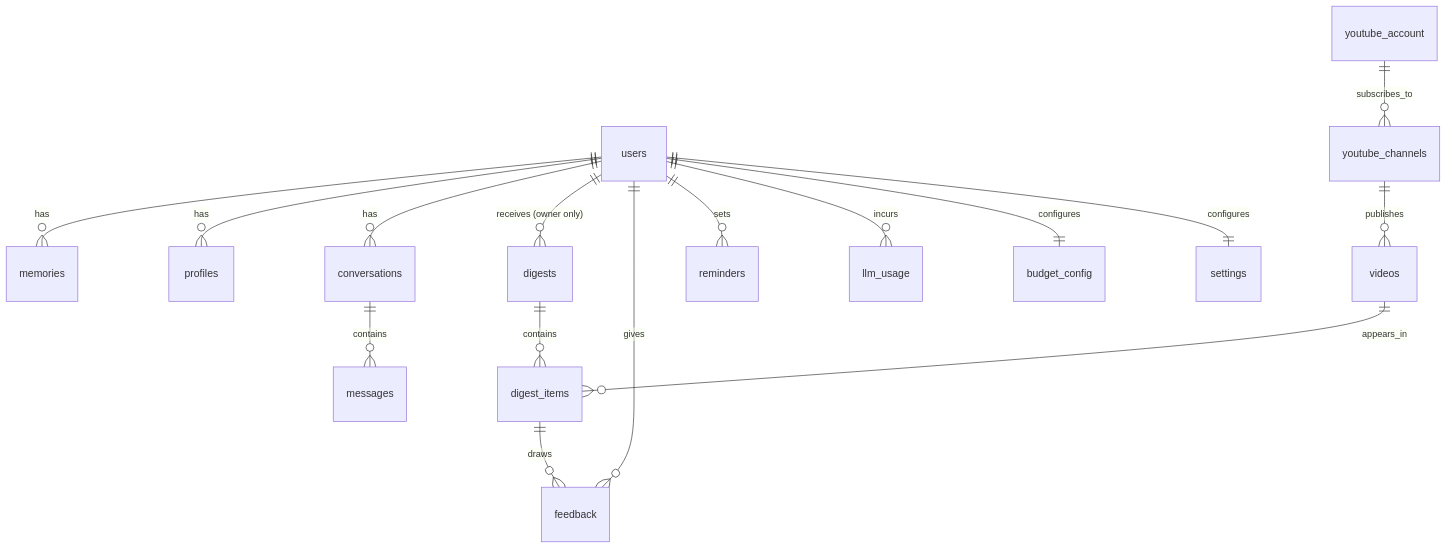
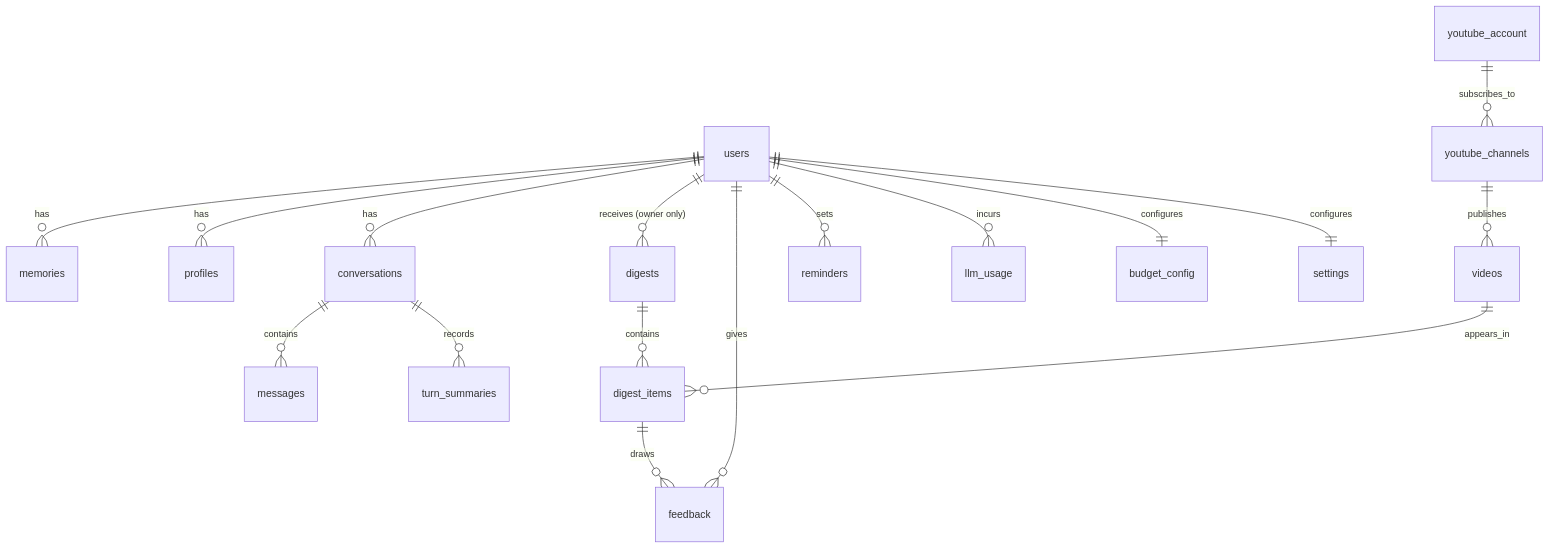
Before and after one commit to GagnatDev/aivo: the diagram in docs/data-model.md, drawn with Mermaid. The commit also changed other lines of this file and 21 other files, not shown here.

First line of the commit message:
feat(observability): persist per-turn summaries for the dashboard activity view

````diff
--- a/docs/data-model.md
+++ b/docs/data-model.md
@@ -34,18 +34,19 @@
 ```mermaid
 erDiagram
   users ||--o{ memories : has
   users ||--o{ profiles : has
   users ||--o{ conversations : has
   conversations ||--o{ messages : contains
+  conversations ||--o{ turn_summaries : records
   users ||--o{ digests : "receives (owner only)"
   digests ||--o{ digest_items : contains
   videos ||--o{ digest_items : appears_in
   youtube_account ||--o{ youtube_channels : subscribes_to
   youtube_channels ||--o{ videos : publishes
   digest_items ||--o{ feedback : draws
   users ||--o{ feedback : gives
   users ||--o{ reminders : sets
   users ||--o{ llm_usage : incurs
   users ||--|| budget_config : configures
   users ||--|| settings : configures
 ```
````
